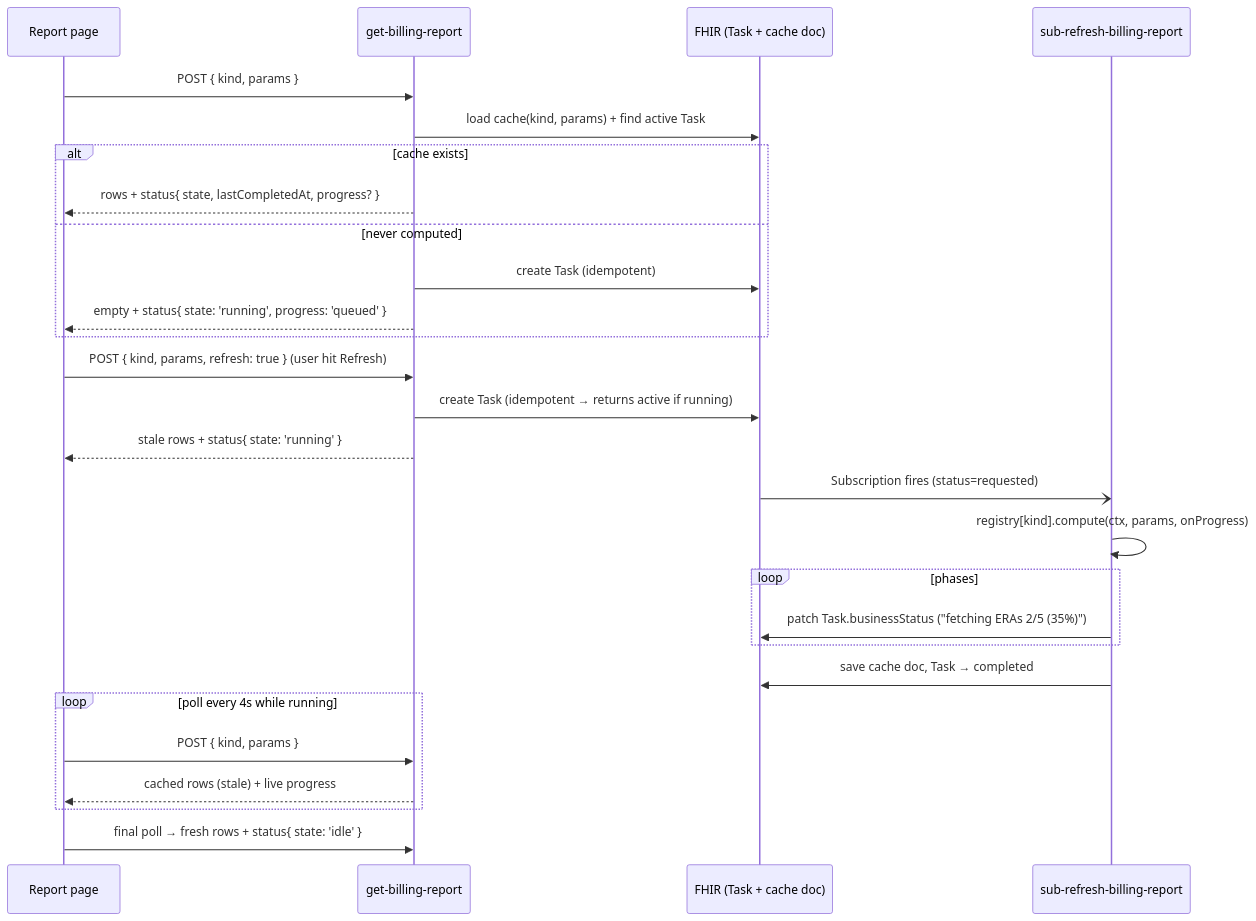
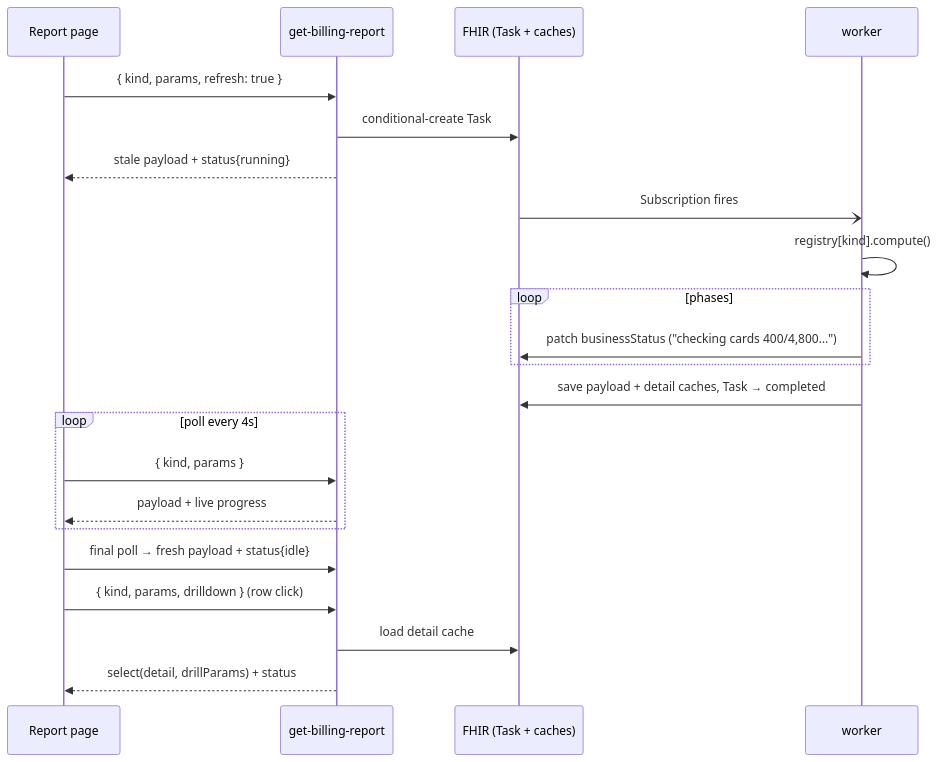
Before and after one commit to masslight/ottehr: the third of 3 diagrams in docs/billing-report-refresh-framework.md, drawn with Mermaid. The commit also changed other lines of this file and 1 other file, not shown here.

````diff
--- a/docs/billing-report-refresh-framework.md
+++ b/docs/billing-report-refresh-framework.md
@@ -223,33 +214,25 @@
 ```mermaid
 sequenceDiagram
     participant UI as Report page
     participant Z as get-billing-report
-    participant FHIR as FHIR (Task + cache doc)
-    participant W as sub-refresh-billing-report
+    participant FHIR as FHIR (Task + caches)
+    participant W as worker
 
-    UI->>Z: POST { kind, params }
-    Z->>FHIR: load cache(kind, params) + find active Task
-    alt cache exists
-        Z-->>UI: rows + status{ state, lastCompletedAt, progress? }
-    else never computed
-        Z->>FHIR: create Task (idempotent)
-        Z-->>UI: empty + status{ state: 'running', progress: 'queued' }
+    UI->>Z: { kind, params, refresh: true }
+    Z->>FHIR: conditional-create Task
+    Z-->>UI: stale payload + status{running}
+    FHIR-)W: Subscription fires
+    W->>W: registry[kind].compute()
+    loop phases
+        W->>FHIR: patch businessStatus ("checking cards 400/4,800…")
     end
-
-    UI->>Z: POST { kind, params, refresh: true }   (user hit Refresh)
-    Z->>FHIR: create Task (idempotent → returns active if running)
-    Z-->>UI: stale rows + status{ state: 'running' }
-
-    FHIR-)W: Subscription fires (status=requested)
-    W->>W: registry[kind].compute(ctx, params, onProgress)
-    loop phases
-        W->>FHIR: patch Task.businessStatus ("fetching ERAs 2/5 (35%)")
+    W->>FHIR: save payload + detail caches, Task → completed
+    loop poll every 4s
+        UI->>Z: { kind, params }
+        Z-->>UI: payload + live progress
     end
-    W->>FHIR: save cache doc, Task → completed
-
-    loop poll every 4s while running
-        UI->>Z: POST { kind, params }
-        Z-->>UI: cached rows (stale) + live progress
-    end
-    UI->>Z: final poll → fresh rows + status{ state: 'idle' }
+    UI->>Z: final poll → fresh payload + status{idle}
+    UI->>Z: { kind, params, drilldown } (row click)
+    Z->>FHIR: load detail cache
+    Z-->>UI: select(detail, drillParams) + status
 ```
````
